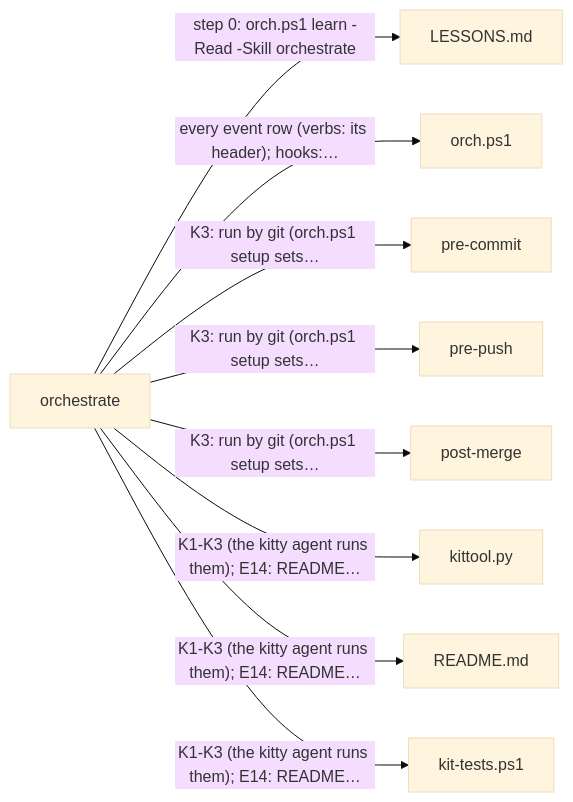
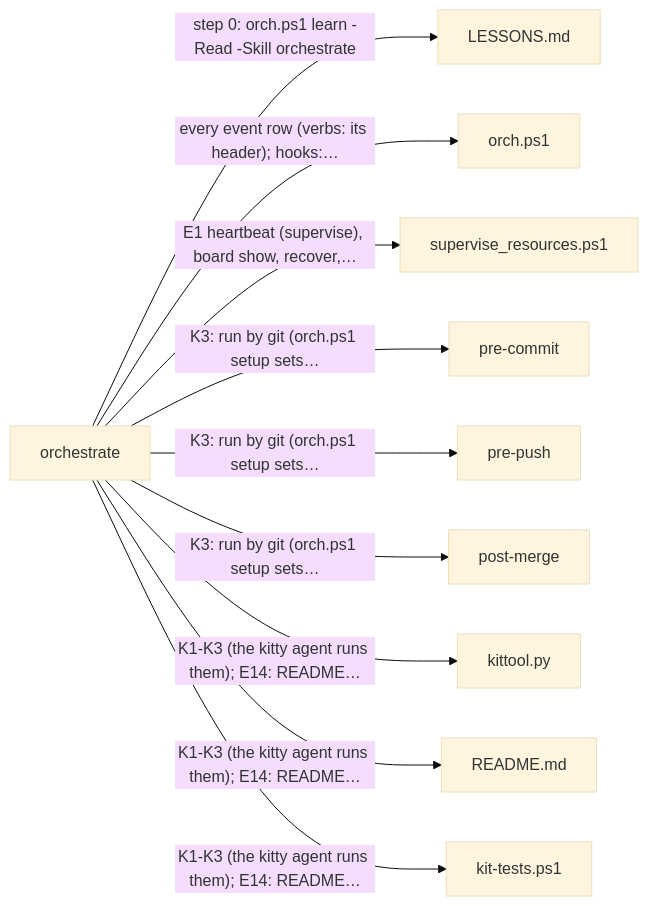
Before and after one commit to prskid1000/claude-crew: the fifth of 6 diagrams in README.md, drawn with Mermaid (base theme). The commit also changed other lines of this file and 18 other files, not shown here.

````diff
--- a/README.md
+++ b/README.md
@@ -320,12 +322,13 @@
 ```mermaid
 flowchart LR
   skills_orchestrate_SKILL_md["orchestrate"]
   skills_orchestrate_SKILL_md -->|"step 0: orch.ps1 learn -Read -Skill orchestrate"| LESSONS_md["LESSONS.md"]
   skills_orchestrate_SKILL_md -->|"every event row (verbs: its header); hooks:…"| skills_orchestrate_orch_ps1["orch.ps1"]
+  skills_orchestrate_SKILL_md -->|"E1 heartbeat (supervise), board show, recover,…"| skills_orchestrate_adapters_supervise_resources_ps1["supervise_resources.ps1"]
   skills_orchestrate_SKILL_md -->|"K3: run by git (orch.ps1 setup sets…"| _githooks_pre_commit["pre-commit"]
   skills_orchestrate_SKILL_md -->|"K3: run by git (orch.ps1 setup sets…"| _githooks_pre_push["pre-push"]
   skills_orchestrate_SKILL_md -->|"K3: run by git (orch.ps1 setup sets…"| _githooks_post_merge["post-merge"]
   skills_orchestrate_SKILL_md -->|"K1-K3 (the kitty agent runs them); E14: README…"| skills_orchestrate_kittool_py["kittool.py"]
   skills_orchestrate_SKILL_md -->|"K1-K3 (the kitty agent runs them); E14: README…"| README_md["README.md"]
   skills_orchestrate_SKILL_md -->|"K1-K3 (the kitty agent runs them); E14: README…"| tests_kit_tests_ps1["kit-tests.ps1"]
 ```
````
